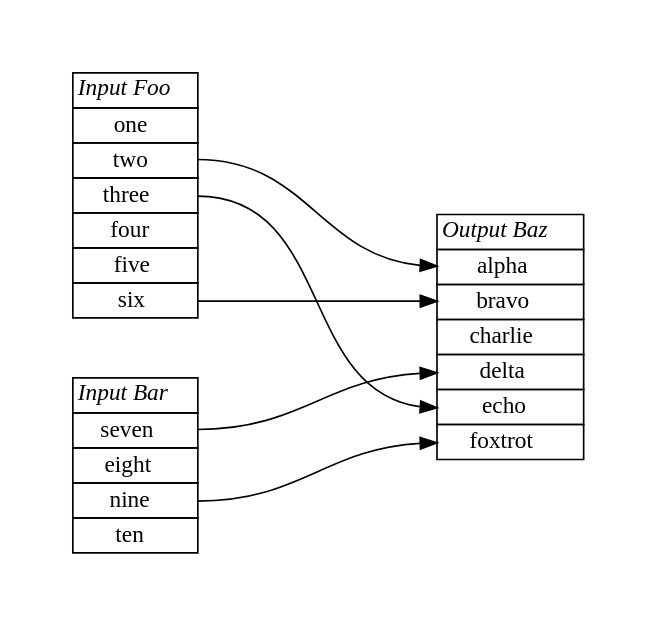
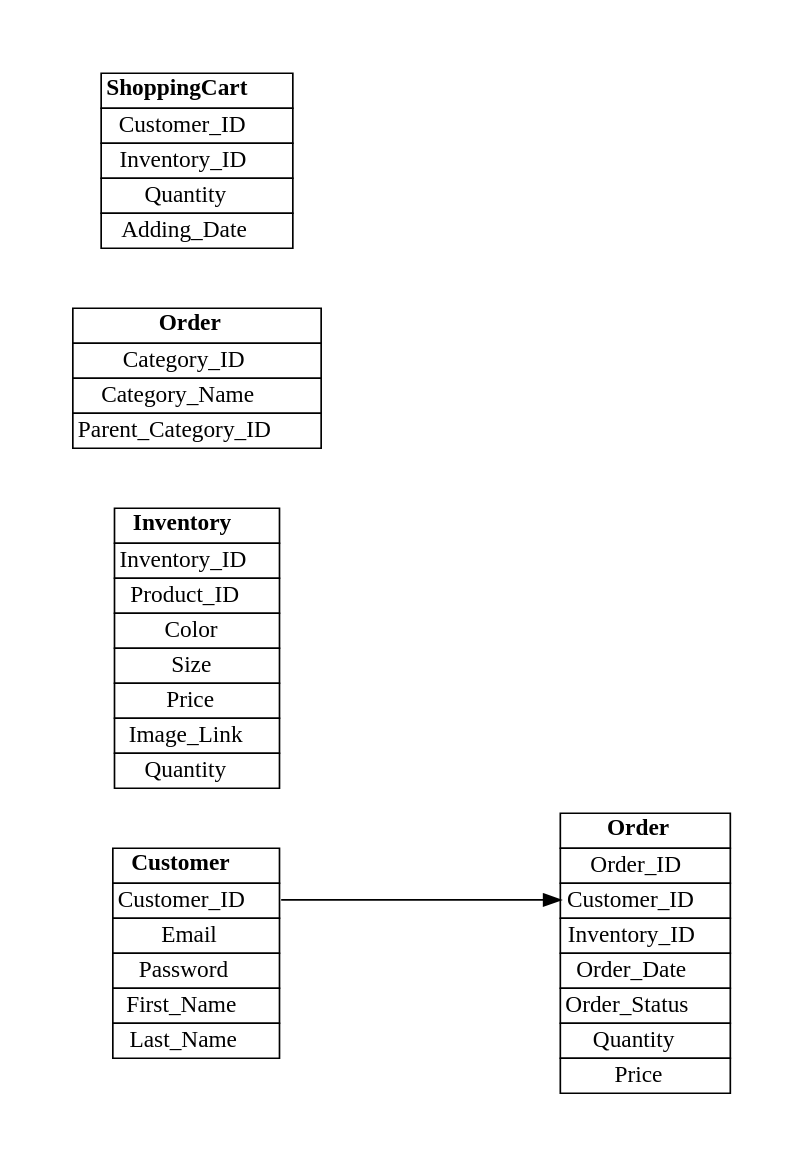
The diagram in Documents/erd.dot (YanjieHe/Online-Fashion-Store), drawn with Graphviz before and after one commit.

```diff
--- a/Documents/erd.dot
+++ b/Documents/erd.dot
@@ -1,45 +1,63 @@
 digraph {
     graph [pad="0.5", nodesep="0.5", ranksep="2"];
     node [shape=plain]
     rankdir=LR;
 
 
-Foo [label=<
+Customer [label=<
 <table border="0" cellborder="1" cellspacing="0">
-  <tr><td><i>Input Foo</i></td></tr>
-  <tr><td port="1">one</td></tr>
-  <tr><td port="2">two</td></tr>
-  <tr><td port="3">three</td></tr>
-  <tr><td port="4">four</td></tr>
-  <tr><td port="5">five</td></tr>
-  <tr><td port="6">six</td></tr>
+  <tr><td><b>Customer</b></td></tr>
+  <tr><td port="customer_id">Customer_ID</td></tr>
+  <tr><td port="email">Email</td></tr>
+  <tr><td port="password">Password</td></tr>
+  <tr><td port="first_name">First_Name</td></tr>
+  <tr><td port="last_name">Last_Name</td></tr>
 </table>>];
 
 
-Bar [label=<
+Inventory [label=<
 <table border="0" cellborder="1" cellspacing="0">
-  <tr><td><i>Input Bar</i></td></tr>
-  <tr><td port="7">seven</td></tr>
-  <tr><td port="8">eight</td></tr>
-  <tr><td port="9">nine</td></tr>
-  <tr><td port="10">ten</td></tr>
+  <tr><td><b>Inventory</b></td></tr>
+  <tr><td port="inventory_id">Inventory_ID</td></tr>
+  <tr><td port="product_id">Product_ID</td></tr>
+  <tr><td port="color">Color</td></tr>
+  <tr><td port="size">Size</td></tr>
+  <tr><td port="price">Price</td></tr>
+  <tr><td port="image_link">Image_Link</td></tr>
+  <tr><td port="quantity">Quantity</td></tr>
 </table>>];
 
 
-Baz [label=<
+Order [label=<
 <table border="0" cellborder="1" cellspacing="0">
-  <tr><td><i>Output Baz</i></td></tr>
-  <tr><td port="a">alpha</td></tr>
-  <tr><td port="b">bravo</td></tr>
-  <tr><td port="c">charlie</td></tr>
-  <tr><td port="d">delta</td></tr>
-  <tr><td port="e">echo</td></tr>
-  <tr><td port="f">foxtrot</td></tr>
+  <tr><td><b>Order</b></td></tr>
+  <tr><td port="order_id">Order_ID</td></tr>
+  <tr><td port="customer_id">Customer_ID</td></tr>
+  <tr><td port="inventory_id">Inventory_ID</td></tr>
+  <tr><td port="order_date">Order_Date</td></tr>
+  <tr><td port="order_status">Order_Status</td></tr>
+  <tr><td port="quantity">Quantity</td></tr>
+  <tr><td port="price">Price</td></tr>
 </table>>];
 
-Foo:2 -> Baz:a;
-Foo:3 -> Baz:e;
-Foo:6 -> Baz:b;
-Bar:7 -> Baz:d;
-Bar:9 -> Baz:f;
+ProductCategory [label=<
+<table border="0" cellborder="1" cellspacing="0">
+  <tr><td><b>Order</b></td></tr>
+  <tr><td port="category_id">Category_ID</td></tr>
+  <tr><td port="category_name">Category_Name</td></tr>
+  <tr><td port="parent_category_id">Parent_Category_ID</td></tr>
+</table>>];
+
+ShoppingCart [label=<
+<table border="0" cellborder="1" cellspacing="0">
+  <tr><td><b>ShoppingCart</b></td></tr>
+  <tr><td port="customer_id">Customer_ID</td></tr>
+  <tr><td port="inventory_id">Inventory_ID</td></tr>
+  <tr><td port="quantity">Quantity</td></tr>
+  <tr><td port="adding_date">Adding_Date</td></tr>
+</table>>];
+
+
+Customer:customer_id -> Order:customer_id
+
 }
```
